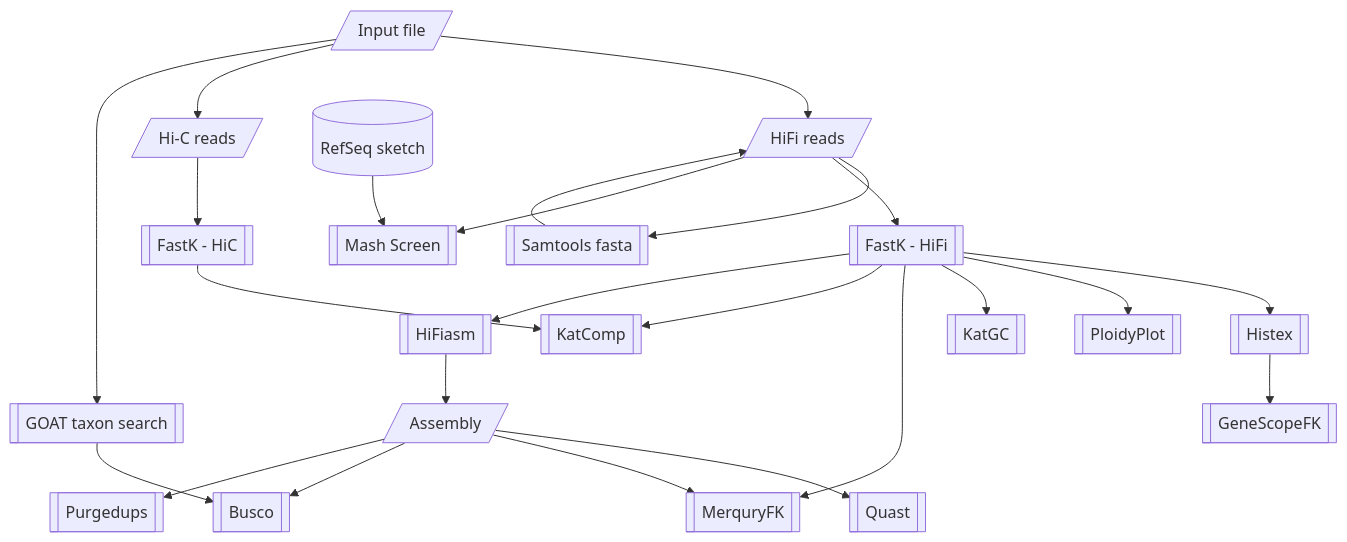
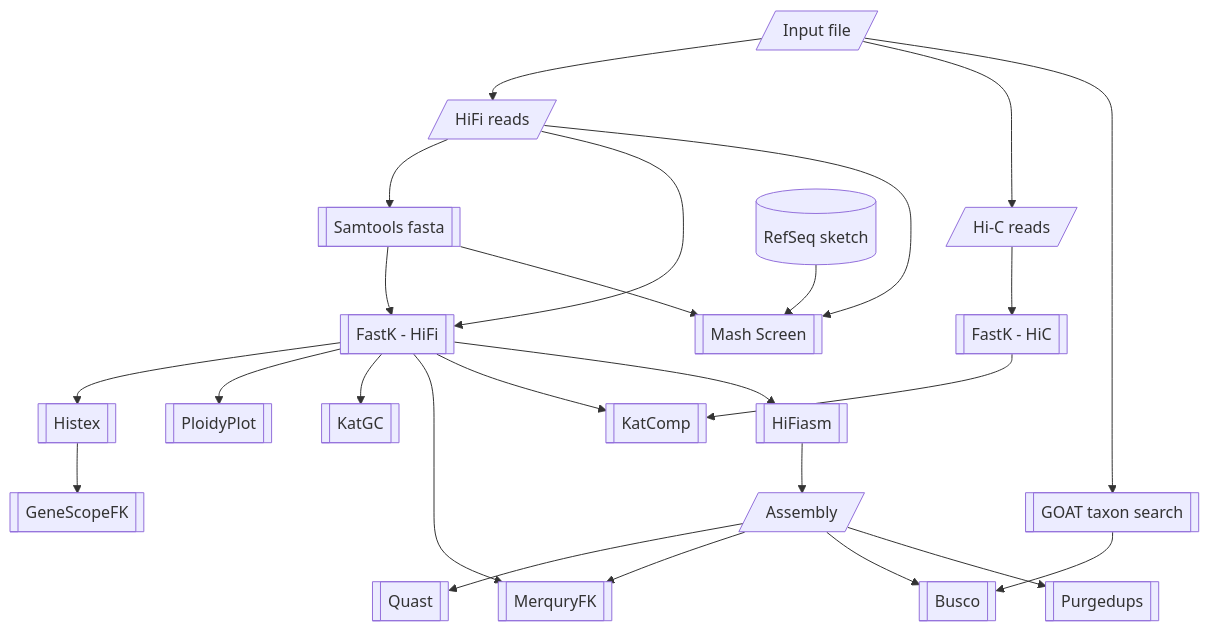
The second of 2 diagrams in README.md (NBISweden/Earth-Biogenome-Project-pilot), drawn with Mermaid before and after one commit.

Commit message:
Update pipeline diagram

````diff
--- a/README.md
+++ b/README.md
@@ -23,26 +23,27 @@
 ```mermaid
 flowchart TD
     input[/ Input file/] --> hifi
     input --> hic
     input --> goat_taxon[[ GOAT taxon search ]]
     goat_taxon --> busco
     hifi --> samtools_fa[[ Samtools fasta ]]
-    samtools_fa --> hifi
+    samtools_fa --> fastk_hifi
+    samtools_fa --> mash_screen
     hifi[/ HiFi reads /] --> fastk_hifi[[ FastK - HiFi ]]
     hic[/ Hi-C reads /] --> fastk_hic[[ FastK - HiC ]]
     assembly[/ Assembly /] --> quast[[ Quast ]]
     fastk_hifi --> histex[[ Histex ]]
     histex --> genescopefk[[ GeneScopeFK ]]
     fastk_hifi --> ploidyplot[[ PloidyPlot ]]
     fastk_hifi --> katgc[[ KatGC ]]
     fastk_hifi --> merquryfk[[ MerquryFK ]]
     assembly --> merquryfk
     fastk_hifi --> katcomp[[ KatComp ]]
     fastk_hic --> katcomp
     assembly --> busco[[ Busco ]]
     refseq_sketch[( RefSeq sketch )] --> mash_screen[[ Mash Screen ]]
     hifi --> mash_screen
     fastk_hifi --> hifiasm[[ HiFiasm ]]
     hifiasm --> assembly
     assembly --> purgedups[[ Purgedups ]]
 ```
````
